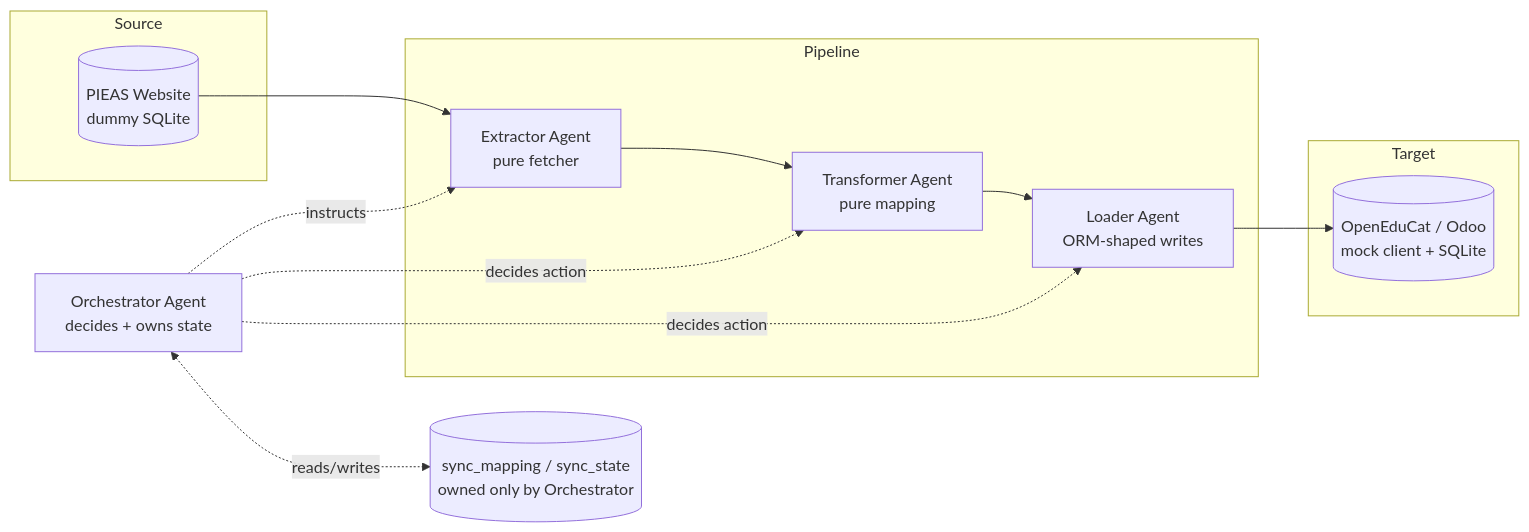
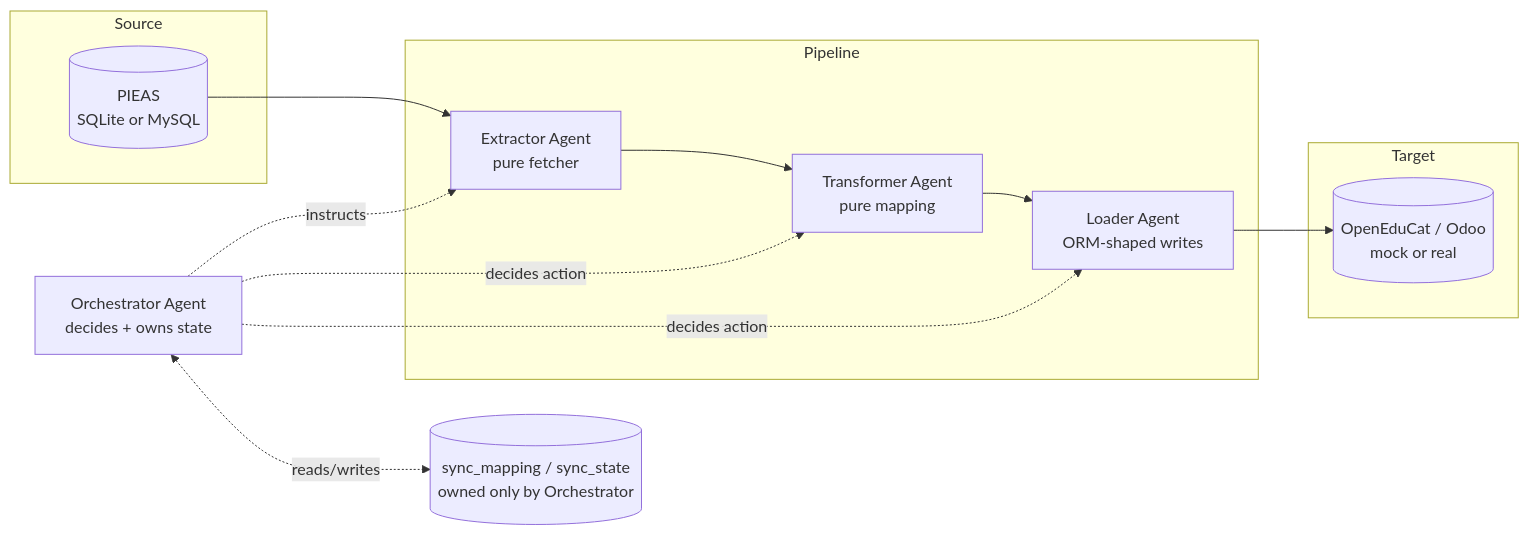
Before and after one commit to SubhanSandhu312/OpenEdu-Orchestrator: the first of 2 diagrams in README.md, drawn with Mermaid. The commit also changed other lines of this file, not shown here.

First line of the commit message:
Update README to reflect real-target/multi-source generalization work

````diff
--- a/README.md
+++ b/README.md
@@ -18,22 +25,22 @@
 ```mermaid
 flowchart LR
     subgraph Source
-        P[(PIEAS Website<br/>dummy SQLite)]
+        P[(PIEAS<br/>SQLite or MySQL)]
     end
     subgraph Pipeline
         E[Extractor Agent<br/>pure fetcher]
         T[Transformer Agent<br/>pure mapping]
         L[Loader Agent<br/>ORM-shaped writes]
     end
     subgraph Target
-        O[(OpenEduCat / Odoo<br/>mock client + SQLite)]
+        O[(OpenEduCat / Odoo<br/>mock or real)]
     end
     O2[Orchestrator Agent<br/>decides + owns state]
     S[(sync_mapping / sync_state<br/>owned only by Orchestrator)]
 
     P --> E --> T --> L --> O
     O2 -.instructs.-> E
     O2 -.decides action.-> T
     O2 -.decides action.-> L
     O2 <-.reads/writes.-> S
 ```
````
